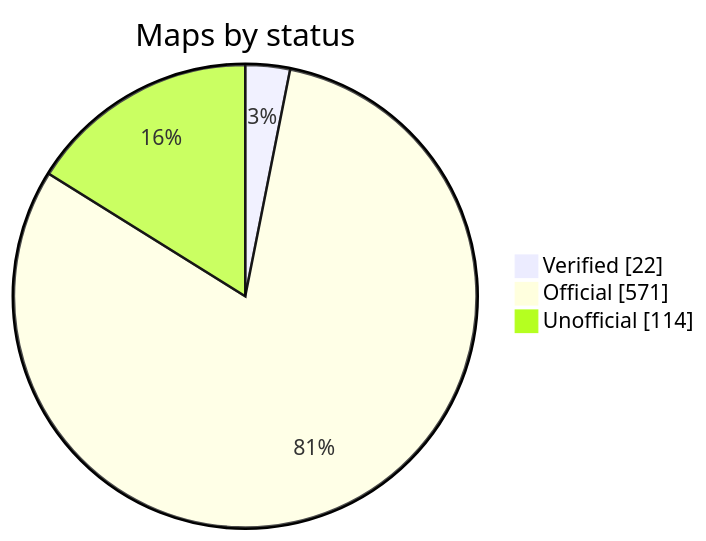
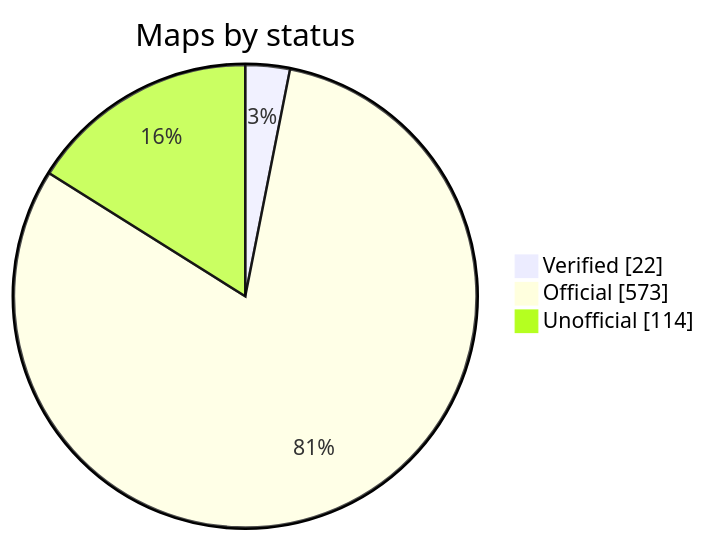
Before and after one commit to nobrega8/mbmap-library: the diagram in README.md, drawn with Mermaid. The commit also changed 7 other files, not shown here.

````diff
--- a/README.md
+++ b/README.md
@@ -52,7 +52,7 @@
 ```mermaid
 pie showData
     title Maps by status
     "Verified" : 22
-    "Official" : 571
+    "Official" : 573
     "Unofficial" : 114
 ```
````
